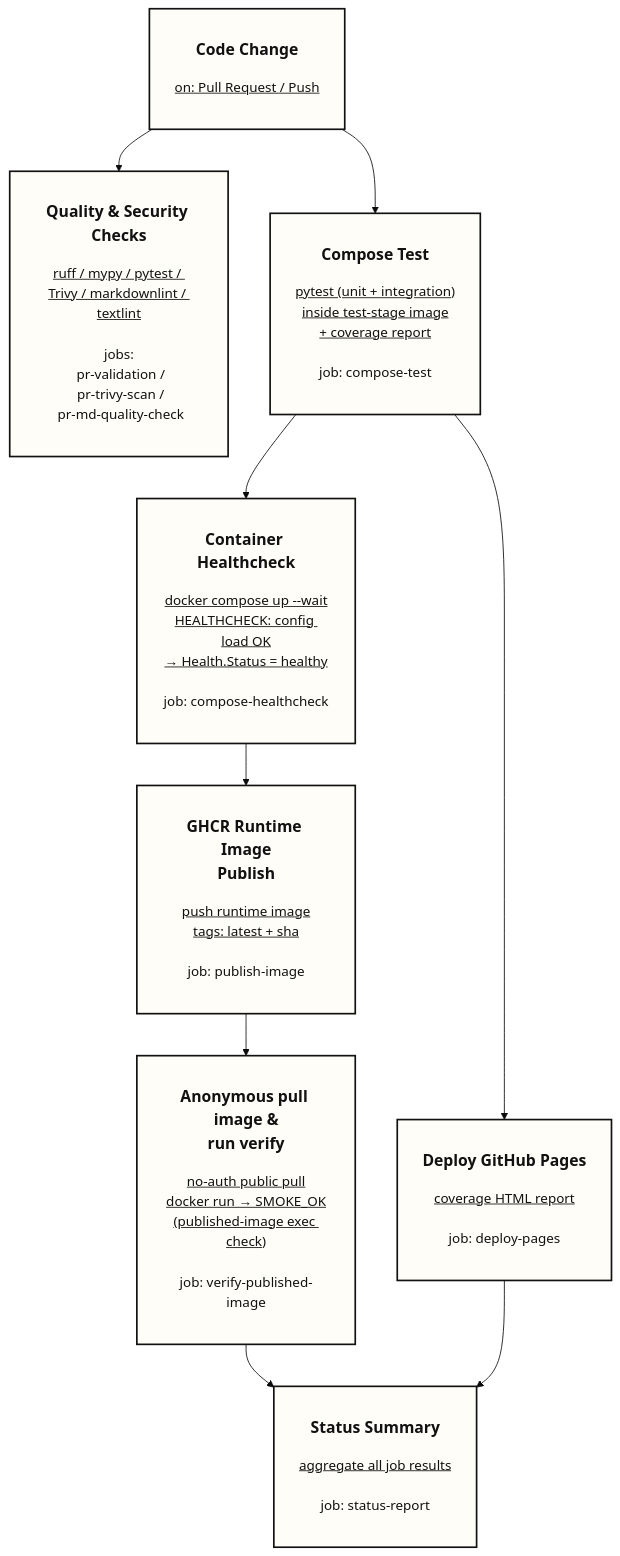
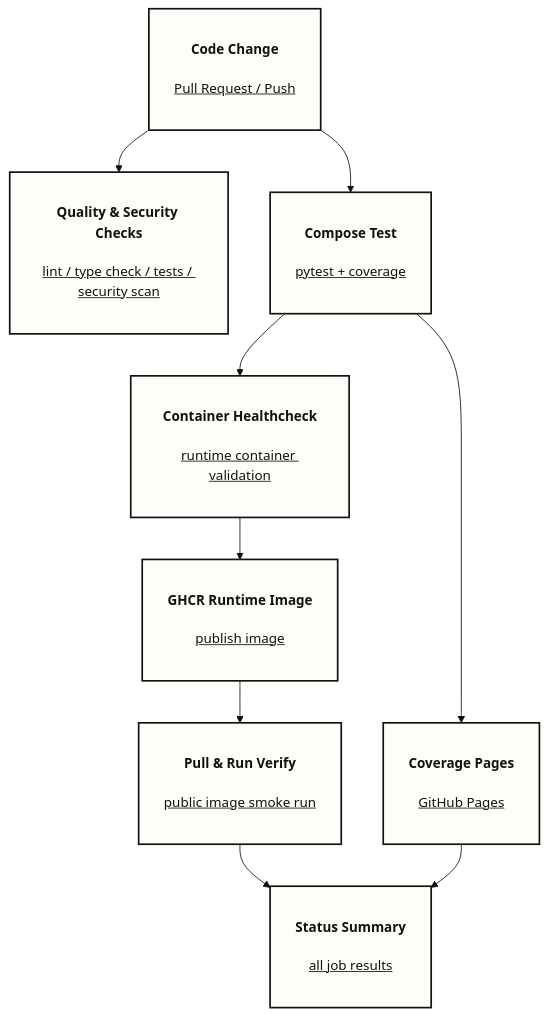
The second of 4 diagrams in README.md (yaoki-dev/api-test-devops-portfolio), drawn with Mermaid (base theme) before and after one commit. The commit also changed other lines of this file and 2 other files, not shown here.

First line of the commit message:
ci(ghcr): マルチアーキテクチャ検証のリトライロジックと権限設定を追加

````diff
--- a/README.md
+++ b/README.md
@@ -138,28 +138,33 @@
 ```mermaid
 flowchart TD
-    A["<h3>Code Change</h3><u>on: Pull Request / Push</u>
-    <br/>"] --> B["<h3>Quality & Security Checks</h3><u>ruff / mypy / pytest / <br/>Trivy / markdownlint / textlint</u><br/><br/>jobs:<br/> pr-validation /<br/> pr-trivy-scan /<br/> pr-md-quality-check
+    A["<h4>Code Change</h4><u>Pull Request / Push</u>
     <br/>"]
 
-    A --> C["<h3>Compose Test</h3><u>pytest (unit + integration)<br/>inside test-stage image<br/>+ coverage report</u><br/><br/>job: compose-test
+    A --> B["<h4>Quality & Security Checks</h4><u>lint / type check / tests / security scan</u>
     <br/>"]
 
-    C --> D["<h3>Deploy GitHub Pages</h3><u>coverage HTML report</u><br/><br/>job: deploy-pages
-    <br/>"]
-    C --> E["<h3>Container Healthcheck</h3><u>docker compose up --wait<br/>HEALTHCHECK: config load OK<br/>→ Health.Status = healthy</u><br/><br/>job: compose-healthcheck
+    A --> C["<h4>Compose Test</h4><u>pytest + coverage</u>
     <br/>"]
 
-    E --> F["<h3>GHCR Runtime Image<br/>Publish</h3><u>push runtime image<br/>tags: latest + sha</u><br/><br/>job: publish-image
+    C --> D["<h4>Coverage Pages</h4><u>GitHub Pages</u>
     <br/>"]
-    F --> G["<h3>Anonymous pull image &<br/>run verify</h3><u>no-auth public pull<br/>docker run → SMOKE_OK<br/>(published-image exec check)</u><br/><br/>job: verify-published-image
+
+    C --> E["<h4>Container Healthcheck</h4><u>runtime container validation</u>
     <br/>"]
-    G --> H["<h3>Status Summary</h3><u>aggregate all job results</u><br/><br/>job: status-report
+
+    E --> F["<h4>GHCR Runtime Image</h4><u>publish image</u>
+    <br/>"]
+
+    F --> G["<h4>Pull & Run Verify</h4><u>public image smoke run</u>
+    <br/>"]
+
+    G --> H["<h4>Status Summary</h4><u>all job results</u>
     <br/>"]
 
     D --> H
 
     classDef default fill:#F7F3EA,stroke:#111,stroke-width:1.5px,color:#111;
     classDef key fill:#FFFDF7,stroke:#111,stroke-width:2px,color:#111;
 
     class A,B,C,D,E,F,G,H key;
 ```
````
